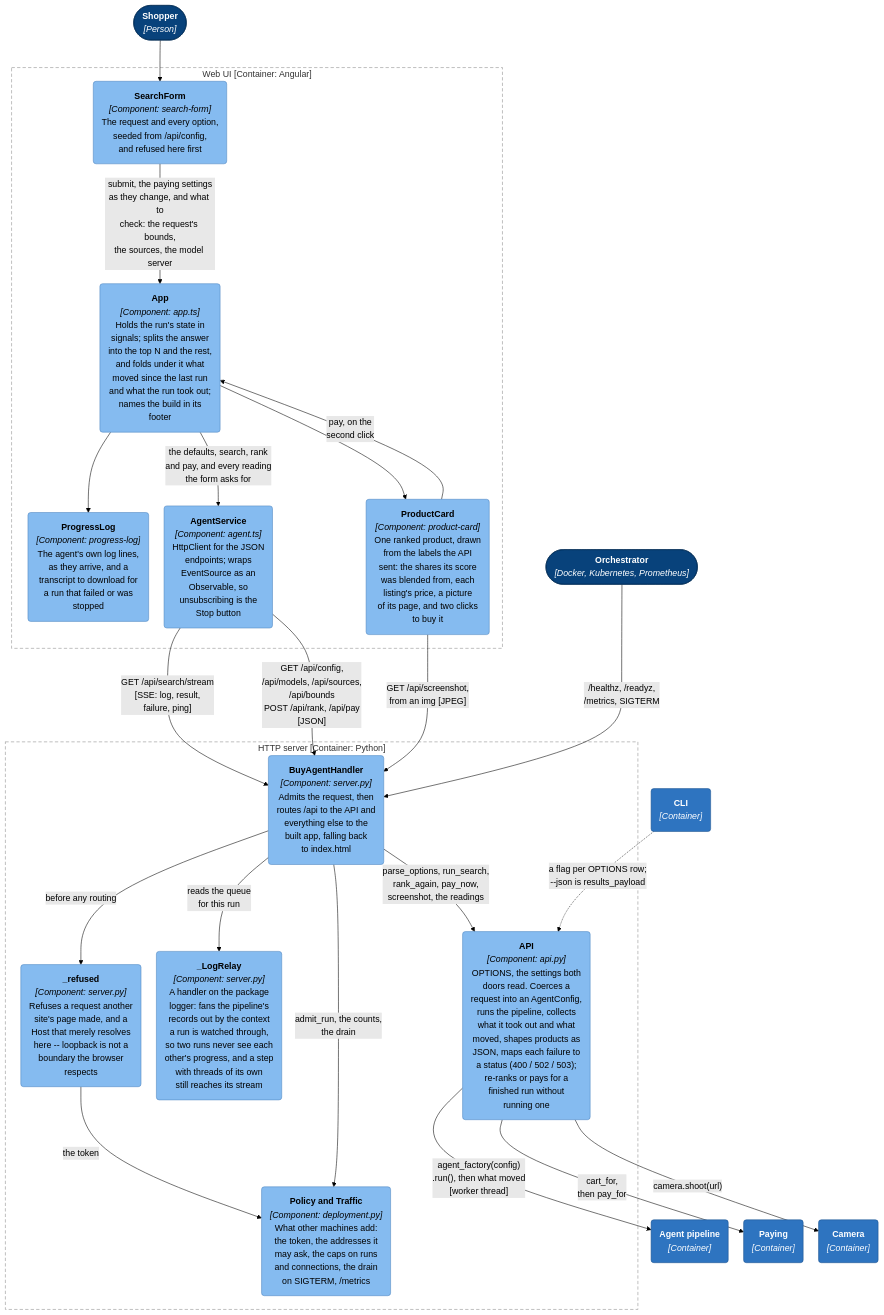
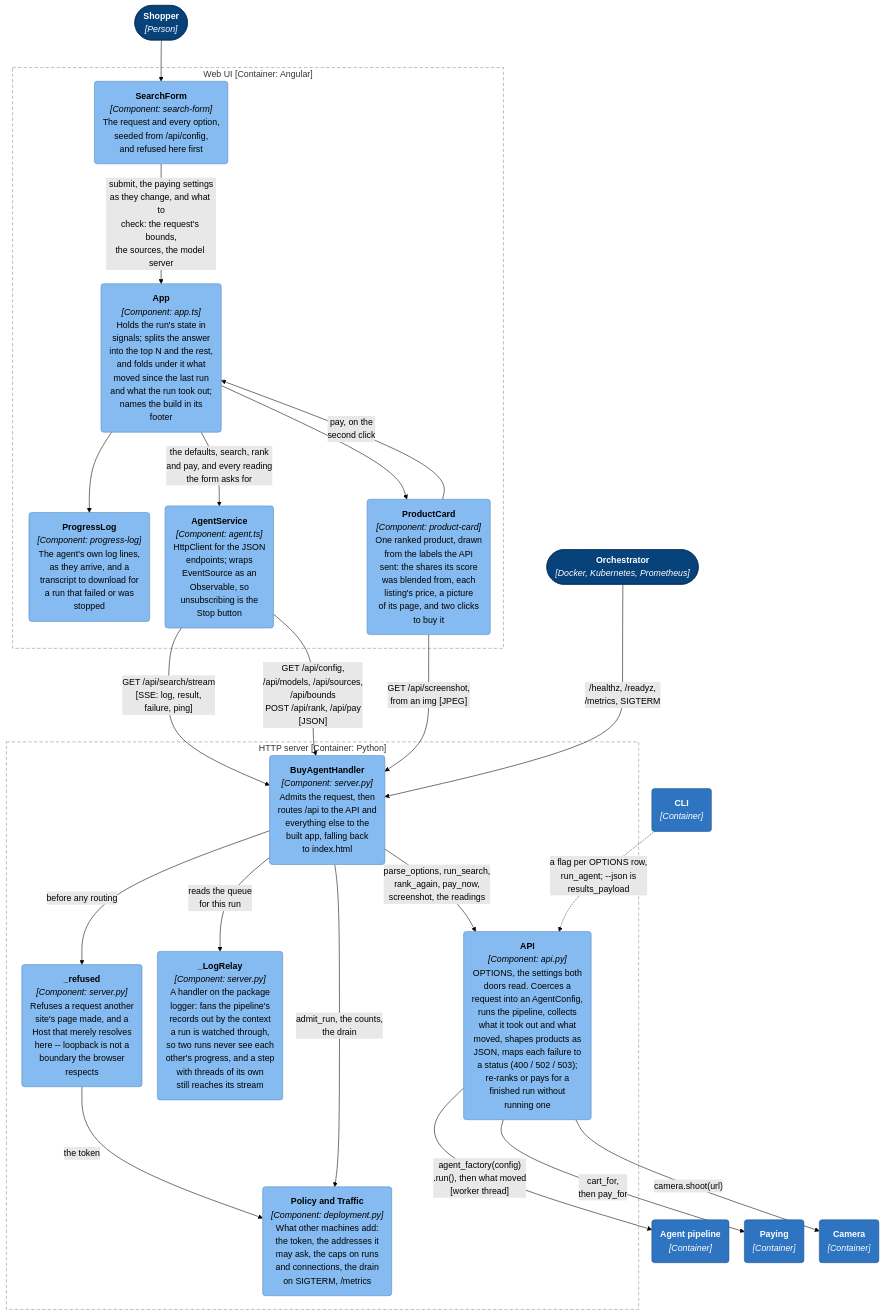
Before and after one commit to adamw7/buy_agent: the ninth of 11 diagrams in docs/architecture.md, drawn with Mermaid (forest theme). The commit also changed 14 other files, not shown here.

First line of the commit message:
Run the agent once for both doors, and keep each range on its setting's row (#363)

````diff
--- a/docs/architecture.md
+++ b/docs/architecture.md
@@ -471,63 +471,63 @@
 ```mermaid
 ---
 config:
   flowchart:
     wrappingWidth: 400
     nodeSpacing: 28
     rankSpacing: 50
 ---
 graph TB
     browserUser(["<b>Shopper</b><br/><i>[Person]</i>"])
     operator(["<b>Orchestrator</b><br/><i>[Docker, Kubernetes, Prometheus]</i>"])
 
     subgraph spa["Web UI [Container: Angular]"]
         form("<b>SearchForm</b><br/><i>[Component: search-form]</i><br/>The request and every option,<br/>seeded from /api/config,<br/>and refused here first")
         app("<b>App</b><br/><i>[Component: app.ts]</i><br/>Holds the run's state in<br/>signals; splits the answer<br/>into the top N and the rest,<br/>and folds under it what<br/>moved since the last run<br/>and what the run took out;<br/>names the build in its<br/>footer")
         log("<b>ProgressLog</b><br/><i>[Component: progress-log]</i><br/>The agent's own log lines,<br/>as they arrive, and a<br/>transcript to download for<br/>a run that failed or was<br/>stopped")
         card("<b>ProductCard</b><br/><i>[Component: product-card]</i><br/>One ranked product, drawn<br/>from the labels the API<br/>sent: the shares its score<br/>was blended from, each<br/>listing's price, a picture<br/>of its page, and two clicks<br/>to buy it")
         agentsvc("<b>AgentService</b><br/><i>[Component: agent.ts]</i><br/>HttpClient for the JSON<br/>endpoints; wraps<br/>EventSource as an<br/>Observable, so<br/>unsubscribing is the<br/>Stop button")
     end
 
     subgraph srv["HTTP server [Container: Python]"]
         handler("<b>BuyAgentHandler</b><br/><i>[Component: server.py]</i><br/>Admits the request, then<br/>routes /api to the API and<br/>everything else to the<br/>built app, falling back<br/>to index.html")
         guard("<b>_refused</b><br/><i>[Component: server.py]</i><br/>Refuses a request another<br/>site's page made, and a<br/>Host that merely resolves<br/>here -- loopback is not a<br/>boundary the browser<br/>respects")
         relay("<b>_LogRelay</b><br/><i>[Component: server.py]</i><br/>A handler on the package<br/>logger: fans the pipeline's<br/>records out by the context<br/>a run is watched through,<br/>so two runs never see each<br/>other's progress, and a step<br/>with threads of its own<br/>still reaches its stream")
         deploy("<b>Policy and Traffic</b><br/><i>[Component: deployment.py]</i><br/>What other machines add:<br/>the token, the addresses it<br/>may ask, the caps on runs<br/>and connections, the drain<br/>on SIGTERM, /metrics")
         api("<b>API</b><br/><i>[Component: api.py]</i><br/>OPTIONS, the settings both<br/>doors read. Coerces a<br/>request into an AgentConfig,<br/>runs the pipeline, collects<br/>what it took out and what<br/>moved, shapes products as<br/>JSON, maps each failure to<br/>a status (400 / 502 / 503);<br/>re-ranks or pays for a<br/>finished run without<br/>running one")
     end
 
     cli("<b>CLI</b><br/><i>[Container]</i>")
     agentpipeline("<b>Agent pipeline</b><br/><i>[Container]</i>")
     paying("<b>Paying</b><br/><i>[Container]</i>")
     camera("<b>Camera</b><br/><i>[Container]</i>")
 
     browserUser --> form
     form -->|"submit, the paying settings<br/>as they change, and what to<br/>check: the request's bounds,<br/>the sources, the model server"| app
     app --> log
     app --> card
     card -->|"pay, on the<br/>second click"| app
     app -->|"the defaults, search, rank<br/>and pay, and every reading<br/>the form asks for"| agentsvc
     agentsvc -->|"GET /api/search/stream<br/>[SSE: log, result,<br/>failure, ping]"| handler
     agentsvc -->|"GET /api/config,<br/>/api/models, /api/sources,<br/>/api/bounds<br/>POST /api/rank, /api/pay<br/>[JSON]"| handler
     card -->|"GET /api/screenshot,<br/>from an img [JPEG]"| handler
 
     handler -->|"before any routing"| guard
     guard -->|"the token"| deploy
     handler -->|"admit_run, the counts,<br/>the drain"| deploy
     operator -->|"/healthz, /readyz,<br/>/metrics, SIGTERM"| handler
     handler -->|"parse_options, run_search,<br/>rank_again, pay_now,<br/>screenshot, the readings"| api
     handler -->|"reads the queue<br/>for this run"| relay
-    cli -.->|"a flag per OPTIONS row;<br/>--json is results_payload"| api
+    cli -.->|"a flag per OPTIONS row,<br/>run_agent; --json is<br/>results_payload"| api
     api -->|"agent_factory(config)<br/>.run(), then what moved<br/>[worker thread]"| agentpipeline
     api -->|"cart_for,<br/>then pay_for"| paying
     api -->|"camera.shoot(url)"| camera
 
     classDef person fill:#08427b,stroke:#052e56,color:#fff
     classDef container fill:#2e74c0,stroke:#1d5390,color:#fff
     classDef component fill:#85bbf0,stroke:#4f86c0,color:#000
     class browserUser,operator person
     class cli,agentpipeline,paying,camera container
     class app,form,log,card,agentsvc,handler,guard,relay,deploy,api component
     style spa fill:none,stroke:#8c8c8c,stroke-width:1px,stroke-dasharray:6 4
     style srv fill:none,stroke:#8c8c8c,stroke-width:1px,stroke-dasharray:6 4
 ```
````
